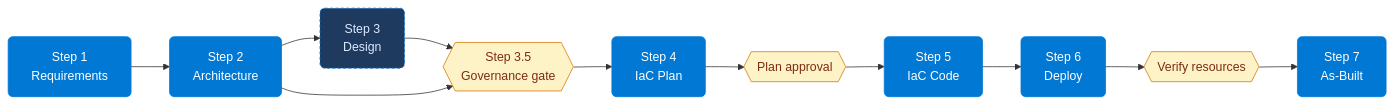
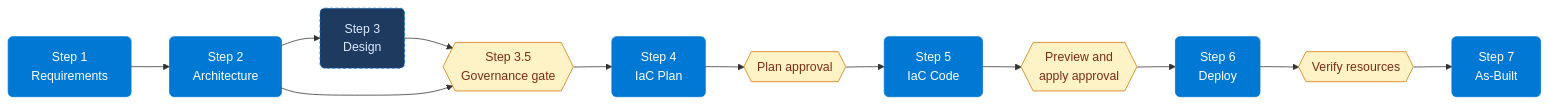
One commit to jonathan-vella/apex-docs changed the diagram in src/content/docs/index.mdx. Above: the diagram before and after it, drawn with Mermaid. The commit also changed other lines of this file and 103 other files, not shown here.

````diff
--- a/src/content/docs/index.mdx
+++ b/src/content/docs/index.mdx
@@ -71,17 +66,18 @@
 ```mermaid
 flowchart LR
   classDef step fill:#0078d4,stroke:#0078d4,color:#fff,rx:6,ry:6
   classDef gate fill:#fef3c7,stroke:#d97706,color:#7c2d12,rx:6,ry:6
   classDef opt  fill:#1e3a5f,stroke:#0078d4,color:#dbeafe,rx:6,ry:6,stroke-dasharray:4 3
 
   S1[Step 1<br/>Requirements]:::step --> S2[Step 2<br/>Architecture]:::step
   S2 --> S3[Step 3<br/>Design]:::opt
   S3 --> G35{{Step 3.5<br/>Governance gate}}:::gate
   S2 --> G35
   G35 --> S4[Step 4<br/>IaC Plan]:::step
   S4 --> G4{{Plan approval}}:::gate
   G4 --> S5[Step 5<br/>IaC Code]:::step
-  S5 --> S6[Step 6<br/>Deploy]:::step
+  S5 --> G5{{Preview and<br/>apply approval}}:::gate
+  G5 --> S6[Step 6<br/>Deploy]:::step
   S6 --> G6{{Verify resources}}:::gate
   G6 --> S7[Step 7<br/>As-Built]:::step
 ```
````
